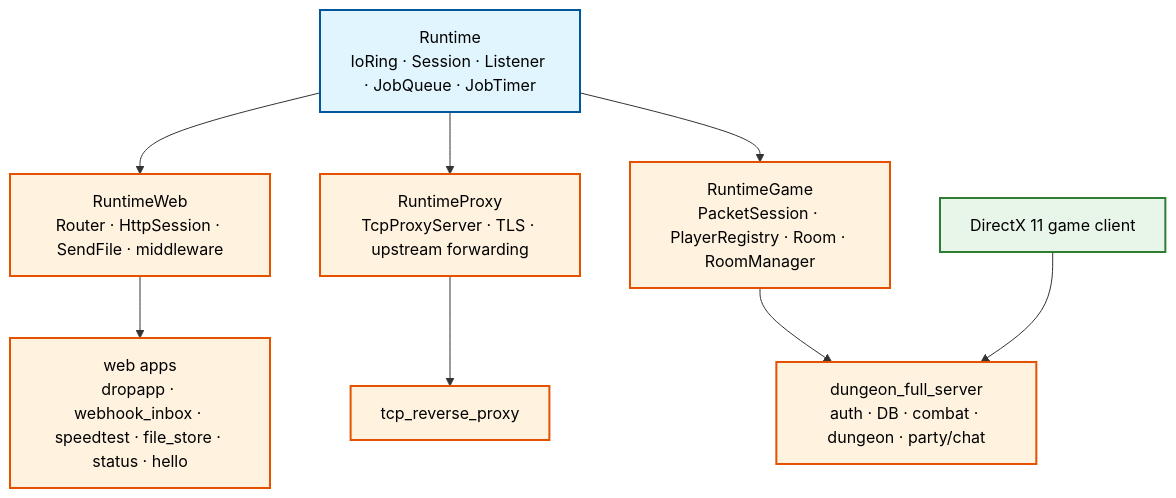
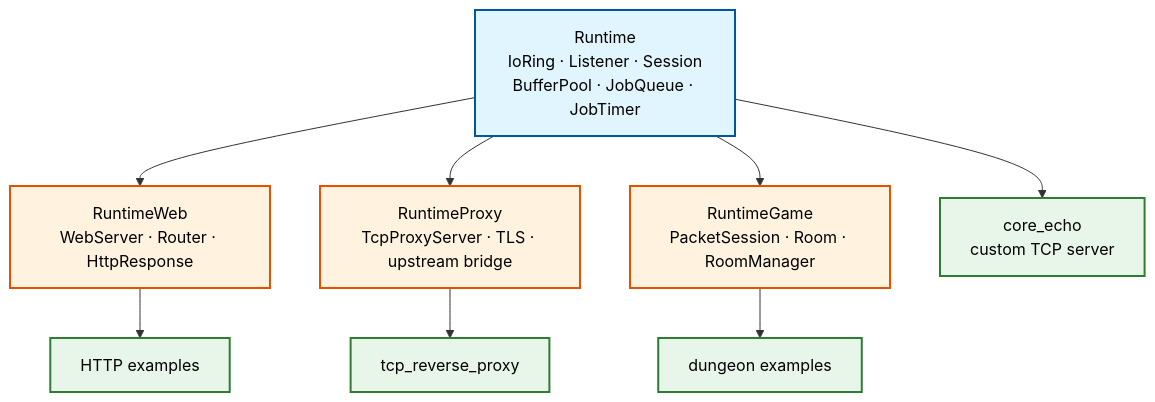
The first of 6 diagrams in docs/server/ServerCorePortfolio.qmd (mint-cocoa/portfolio), drawn with Mermaid before and after one commit. The commit also changed other lines of this file and 1 other file, not shown here.

Commit message:
Refocus server portfolio on runtime core

````diff
--- a/docs/server/ServerCorePortfolio.qmd
+++ b/docs/server/ServerCorePortfolio.qmd
@@ -71,26 +73,27 @@
 ```{mermaid}
-%%| label: fig-runtime-layering
-%%| fig-cap: "io_uring 런타임과 애플리케이션 계층"
+%%| label: fig-runtime-boundary
+%%| fig-cap: "Runtime core와 선택 모듈 경계"
 graph TD
-    classDef runtime fill:#e1f5fe,stroke:#01579b,stroke-width:2px,color:#000
-    classDef app fill:#fff3e0,stroke:#e65100,stroke-width:2px,color:#000
-    classDef external fill:#e8f5e9,stroke:#2e7d32,stroke-width:2px,color:#000
+    classDef core fill:#e1f5fe,stroke:#01579b,stroke-width:2px,color:#000
+    classDef module fill:#fff3e0,stroke:#e65100,stroke-width:2px,color:#000
+    classDef app fill:#e8f5e9,stroke:#2e7d32,stroke-width:2px,color:#000
 
-    Runtime["Runtime<br/>IoRing · Session · Listener · JobQueue · JobTimer"]:::runtime
+    Runtime["Runtime<br/>IoRing · Listener · Session<br/>BufferPool · JobQueue · JobTimer"]:::core
 
-    Web["RuntimeWeb<br/>Router · HttpSession · SendFile · middleware"]:::app
-    Proxy["RuntimeProxy<br/>TcpProxyServer · TLS · upstream forwarding"]:::app
-    GameRuntime["RuntimeGame<br/>PacketSession · PlayerRegistry · Room · RoomManager"]:::app
-    WebApps["web apps<br/>dropapp · webhook_inbox · speedtest · file_store · status · hello"]:::app
+    Web["RuntimeWeb<br/>WebServer · Router · HttpResponse"]:::module
+    Proxy["RuntimeProxy<br/>TcpProxyServer · TLS · upstream bridge"]:::module
+    Game["RuntimeGame<br/>PacketSession · Room · RoomManager"]:::module
+
+    CoreApp["core_echo<br/>custom TCP server"]:::app
+    WebApp["HTTP examples"]:::app
     ProxyApp["tcp_reverse_proxy"]:::app
-    GameServer["dungeon_full_server<br/>auth · DB · combat · dungeon · party/chat"]:::app
-    Client["DirectX 11 game client"]:::external
+    GameApp["dungeon examples"]:::app
 
+    Runtime --> CoreApp
     Runtime --> Web
     Runtime --> Proxy
-    Runtime --> GameRuntime
-    Web --> WebApps
+    Runtime --> Game
+    Web --> WebApp
     Proxy --> ProxyApp
-    GameRuntime --> GameServer
-    Client --> GameServer
+    Game --> GameApp
 ```
````
